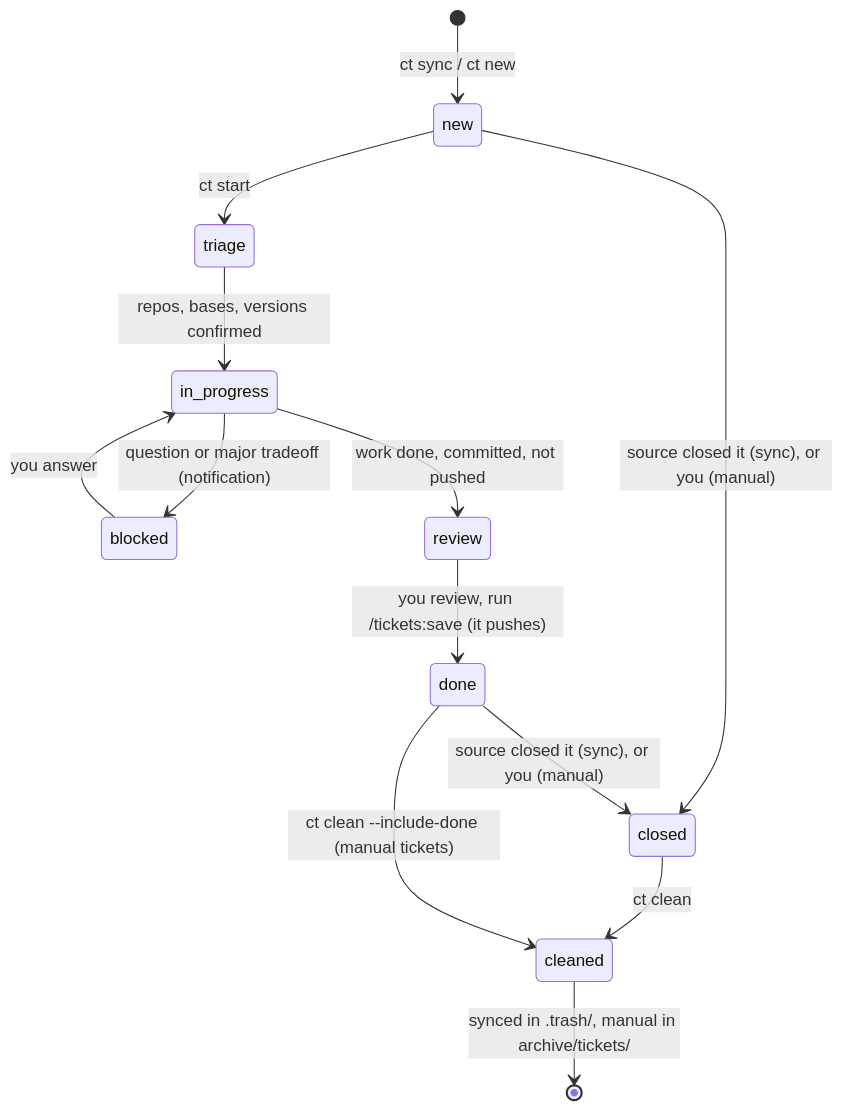
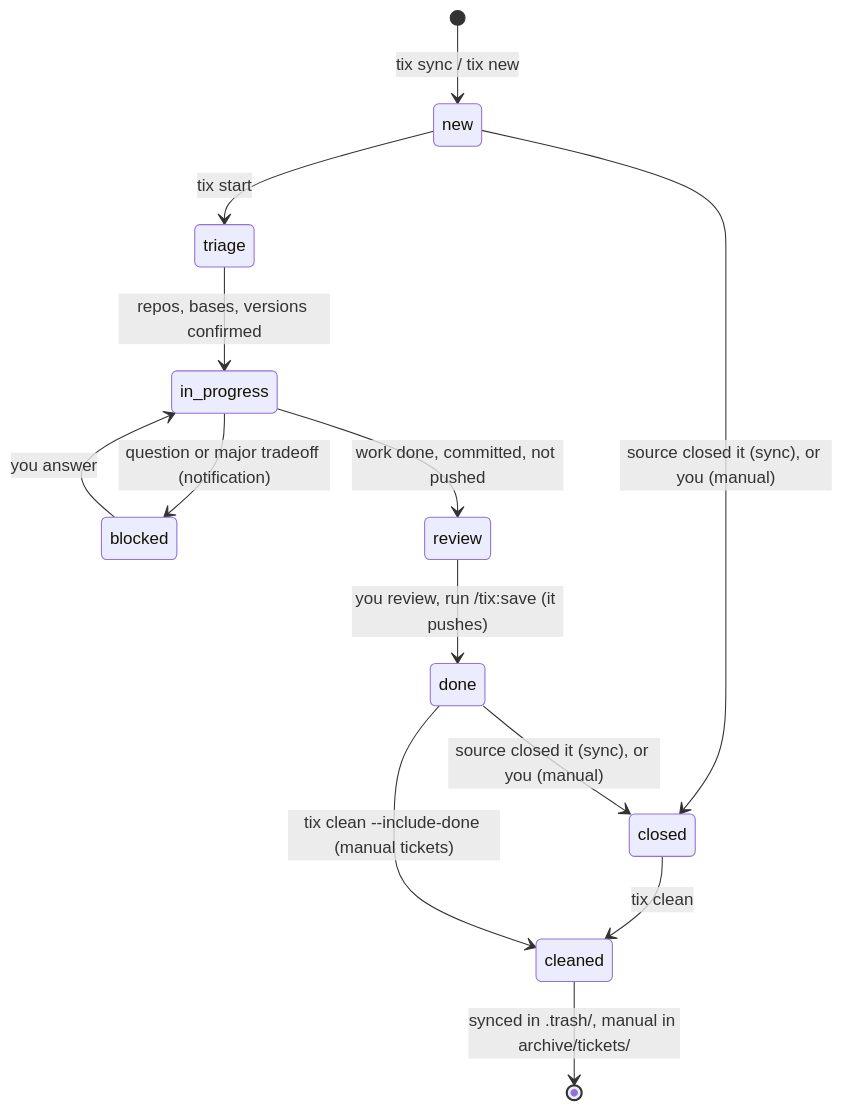
Before and after one commit to zero4573/claude-tickets: the second of 6 diagrams in README.md, drawn with Mermaid. The commit also changed other lines of this file and 361 other files, not shown here.

First line of the commit message:
feat!: rename claude-tickets to tix and run sessions on kiro too

````diff
--- a/README.md
+++ b/README.md
@@ -453,15 +500,15 @@
 ```mermaid
 stateDiagram-v2
-  [*] --> new: ct sync / ct new
-  new --> triage: ct start
+  [*] --> new: tix sync / tix new
+  new --> triage: tix start
   triage --> in_progress: repos, bases, versions confirmed
   in_progress --> blocked: question or major tradeoff (notification)
   blocked --> in_progress: you answer
   in_progress --> review: work done, committed, not pushed
-  review --> done: you review, run /tickets:save (it pushes)
+  review --> done: you review, run /tix:save (it pushes)
   new --> closed: source closed it (sync), or you (manual)
   done --> closed: source closed it (sync), or you (manual)
-  closed --> cleaned: ct clean
-  done --> cleaned: ct clean --include-done (manual tickets)
+  closed --> cleaned: tix clean
+  done --> cleaned: tix clean --include-done (manual tickets)
   cleaned --> [*]: synced in .trash/, manual in archive/tickets/
 ```
````
